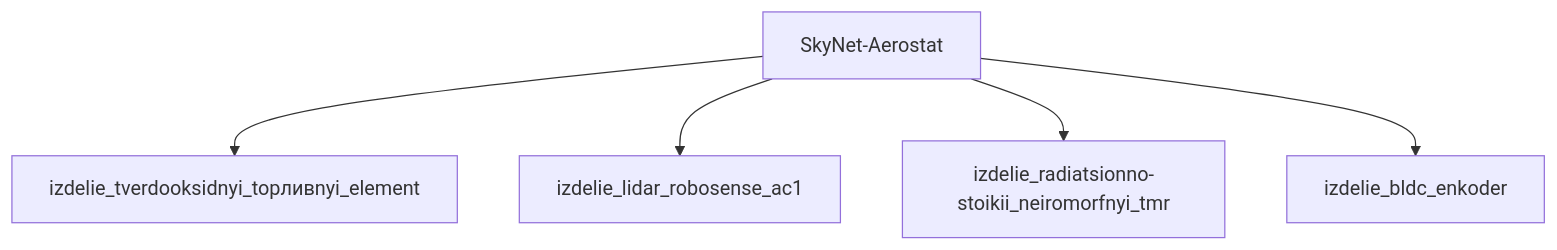
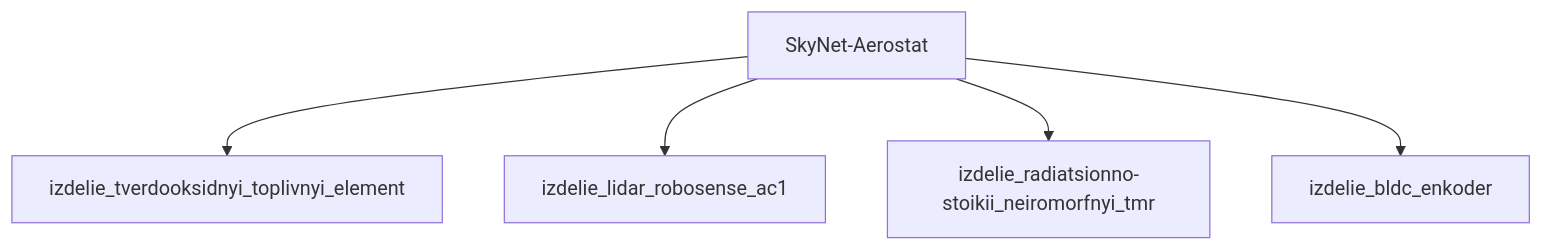
The diagram in результаты/модели/aerostat/фантастическая реализация/_index.md (a-m-e-n-t-e-t/SkyNet), drawn with Mermaid before and after one commit. The commit also changed other lines of this file and 53 other files, not shown here.

````diff
--- a/результаты/модели/aerostat/фантастическая реализация/_index.md
+++ b/результаты/модели/aerostat/фантастическая реализация/_index.md
@@ -156,12 +111,12 @@
 ```mermaid
 graph TD
     SkyNet_Aerostat["SkyNet-Aerostat"]
-    izdelie_tverdooksidnyi_top___nyi_element["izdelie_tverdooksidnyi_topливnyi_element"]
-    SkyNet_Aerostat --> izdelie_tverdooksidnyi_top___nyi_element
+    izdelie_tverdooksidnyi_toplivnyi_element["izdelie_tverdooksidnyi_toplivnyi_element"]
+    SkyNet_Aerostat --> izdelie_tverdooksidnyi_toplivnyi_element
     izdelie_lidar_robosense_ac1["izdelie_lidar_robosense_ac1"]
     SkyNet_Aerostat --> izdelie_lidar_robosense_ac1
     izdelie_radiatsionno_stoikii_neiromorfnyi_tmr["izdelie_radiatsionno-stoikii_neiromorfnyi_tmr"]
     SkyNet_Aerostat --> izdelie_radiatsionno_stoikii_neiromorfnyi_tmr
     izdelie_bldc_enkoder["izdelie_bldc_enkoder"]
     SkyNet_Aerostat --> izdelie_bldc_enkoder
 ```
````
